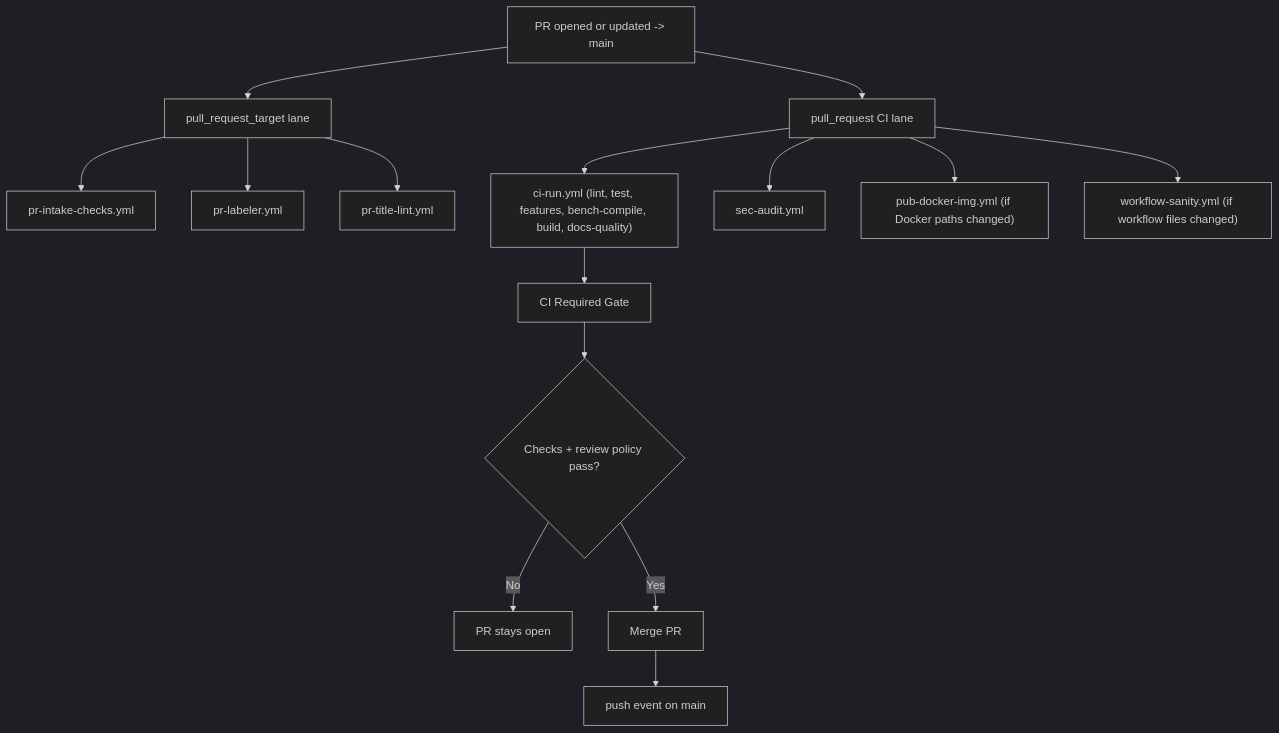
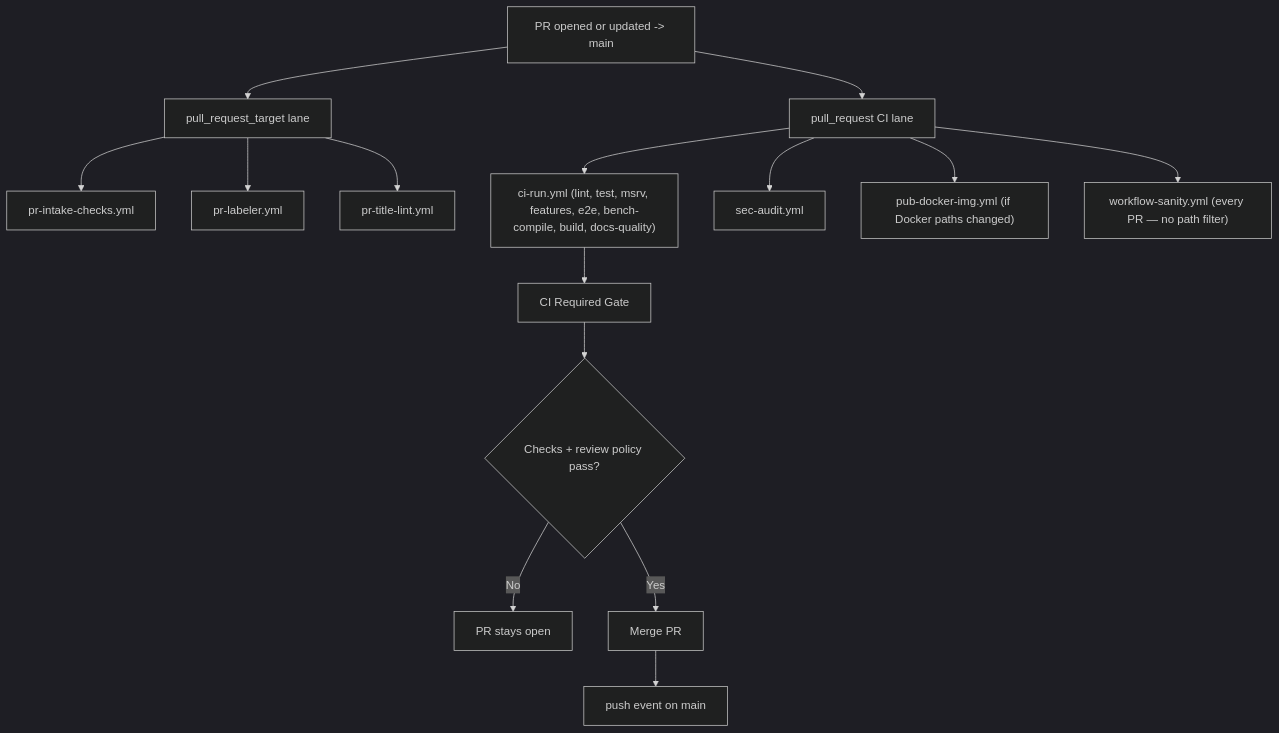
The first of 2 diagrams in .github/workflows/main-branch-flow.md (RantAI-dev/RantAIClaw), drawn with Mermaid (dark theme) before and after one commit. The commit also changed other lines of this file and 4 other files, not shown here.

````diff
--- a/.github/workflows/main-branch-flow.md
+++ b/.github/workflows/main-branch-flow.md
@@ -101,17 +102,17 @@
 ```mermaid
 flowchart TD
   A["PR opened or updated -> main"] --> B["pull_request_target lane"]
   B --> B1["pr-intake-checks.yml"]
   B --> B2["pr-labeler.yml"]
   B --> B3["pr-title-lint.yml"]
   A --> C["pull_request CI lane"]
-  C --> C1["ci-run.yml (lint, test, features, bench-compile, build, docs-quality)"]
+  C --> C1["ci-run.yml (lint, test, msrv, features, e2e, bench-compile, build, docs-quality)"]
   C --> C2["sec-audit.yml"]
   C --> C3["pub-docker-img.yml (if Docker paths changed)"]
-  C --> C4["workflow-sanity.yml (if workflow files changed)"]
+  C --> C4["workflow-sanity.yml (every PR — no path filter)"]
   C1 --> D["CI Required Gate"]
   D --> E{"Checks + review policy pass?"}
   E -->|No| F["PR stays open"]
   E -->|Yes| G["Merge PR"]
   G --> H["push event on main"]
 ```
````
